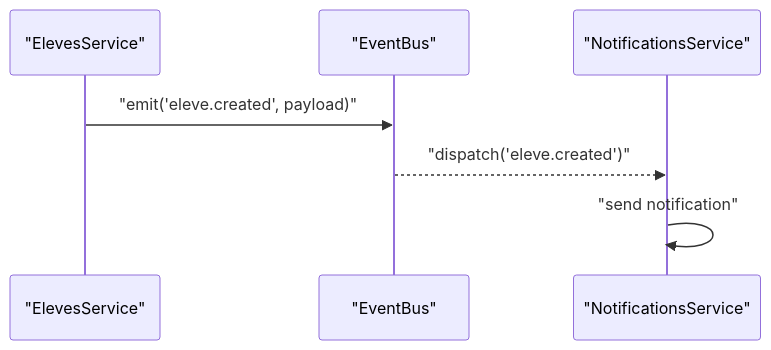
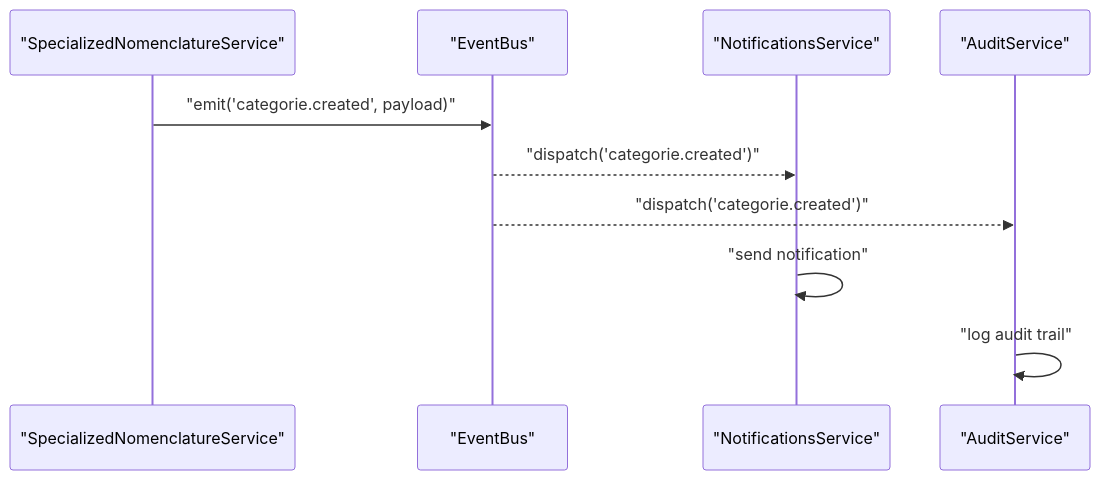
Diagram 15 of 17 in .qoder/repowiki/en/content/System Architecture/Backend Architecture/Backend Architecture.md (franckylab/eLISAschool), drawn with Mermaid before and after one commit. The commit also changed other lines of this file and 35 other files, not shown here.

First line of the commit message:
refactor(configuration): redistribuer la gestion de la configuration vers architecture distribuée

````diff
--- a/.qoder/repowiki/en/content/System Architecture/Backend Architecture/Backend Architecture.md
+++ b/.qoder/repowiki/en/content/System Architecture/Backend Architecture/Backend Architecture.md
@@ -436,9 +547,12 @@
 ```mermaid
 sequenceDiagram
-participant ModA as "ElevesService"
+participant ModA as "SpecializedNomenclatureService"
 participant Bus as "EventBus"
 participant ModB as "NotificationsService"
-ModA->>Bus : "emit('eleve.created', payload)"
-Bus-->>ModB : "dispatch('eleve.created')"
+participant ModC as "AuditService"
+ModA->>Bus : "emit('categorie.created', payload)"
+Bus-->>ModB : "dispatch('categorie.created')"
+Bus-->>ModC : "dispatch('categorie.created')"
 ModB->>ModB : "send notification"
+ModC->>ModC : "log audit trail"
 ```
````
